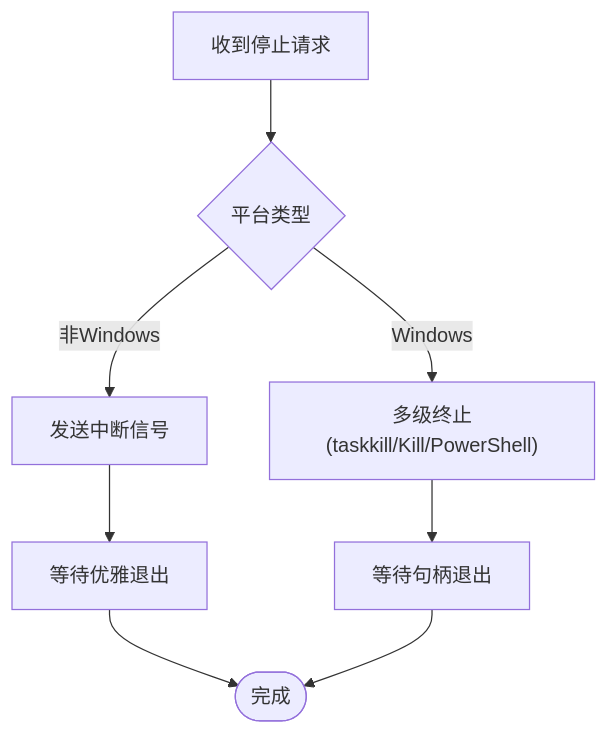
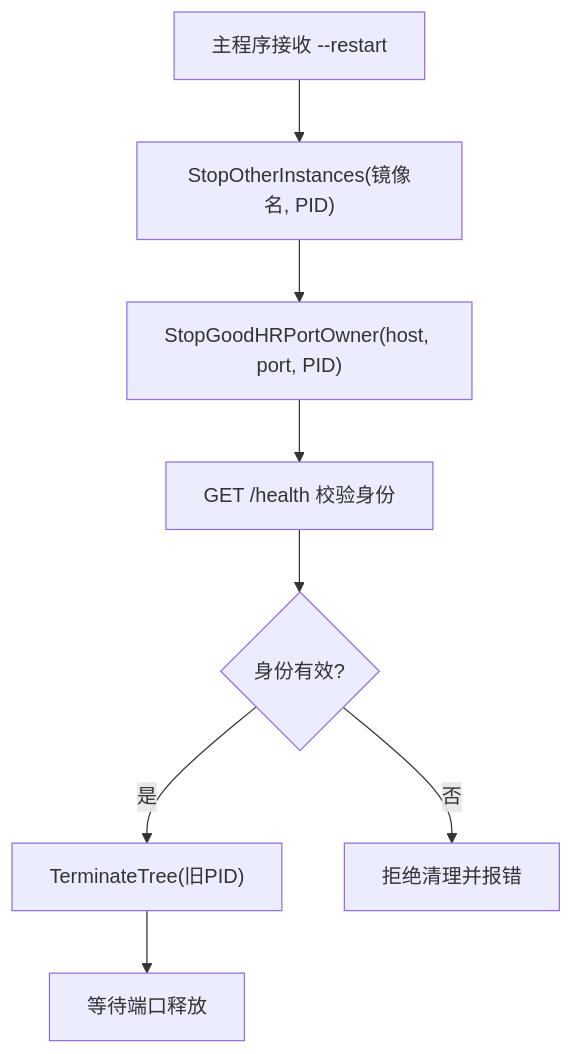
Before and after one commit to alvinwangzi/goodhr: the seventh of 8 diagrams in .qoder/repowiki/zh/content/本地执行器/核心架构/进程控制.md, drawn with Mermaid. The commit also changed other lines of this file and 149 other files, not shown here.

````diff
--- a/.qoder/repowiki/zh/content/本地执行器/核心架构/进程控制.md
+++ b/.qoder/repowiki/zh/content/本地执行器/核心架构/进程控制.md
@@ -292,10 +272,10 @@
 ```mermaid
 flowchart TD
-StopRequest["收到停止请求"] --> Platform{"平台类型"}
-Platform --> |非Windows| SendSignal["发送中断信号"]
-Platform --> |Windows| MultiKill["多级终止(taskkill/Kill/PowerShell)"]
-SendSignal --> WaitGraceful["等待优雅退出"]
-MultiKill --> WaitHandle["等待句柄退出"]
-WaitGraceful --> Done(["完成"])
-WaitHandle --> Done
+A["主程序接收 --restart"] --> B["StopOtherInstances(镜像名, PID)"]
+B --> C["StopGoodHRPortOwner(host, port, PID)"]
+C --> D["GET /health 校验身份"]
+D --> E{"身份有效?"}
+E --> |是| F["TerminateTree(旧PID)"]
+E --> |否| G["拒绝清理并报错"]
+F --> H["等待端口释放"]
 ```
````
